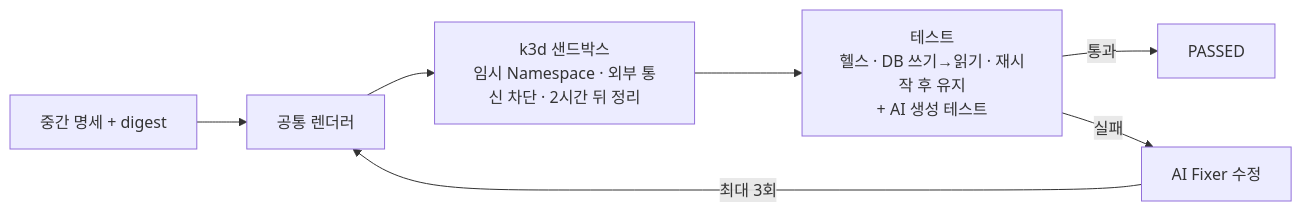
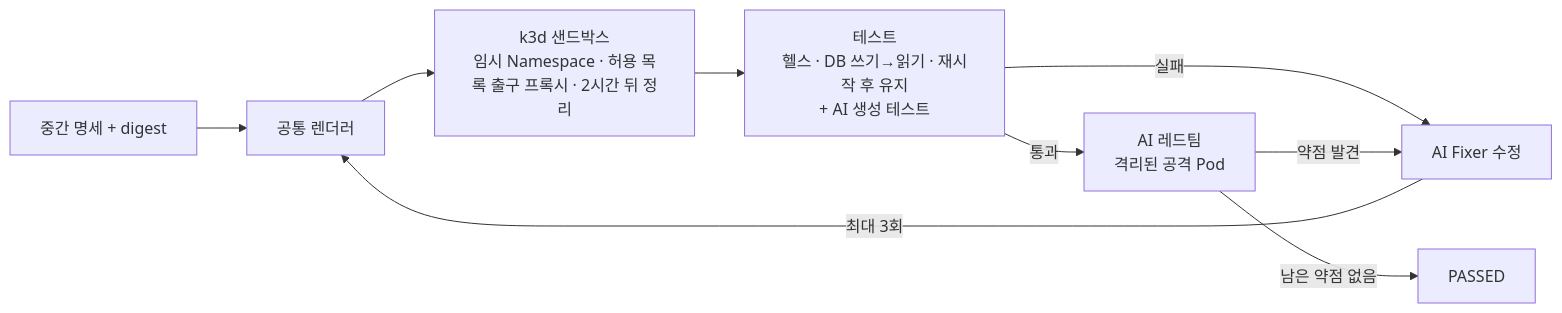
The fourth of 9 diagrams in README.ko.md (SoftBank-Hackathon-2026-Team-Jackal/cloud-migration-platform), drawn with Mermaid before and after one commit. The commit also changed other lines of this file and 2 other files, not shown here.

````diff
--- a/README.ko.md
+++ b/README.ko.md
@@ -108,8 +126,10 @@
 ```mermaid
 flowchart LR
   REQ[중간 명세 + digest] --> RD[공통 렌더러]
-  RD --> K3D[k3d 샌드박스<br/>임시 Namespace · 외부 통신 차단 · 2시간 뒤 정리]
+  RD --> K3D[k3d 샌드박스<br/>임시 Namespace · 허용 목록 출구 프록시 · 2시간 뒤 정리]
   K3D --> T[테스트<br/>헬스 · DB 쓰기→읽기 · 재시작 후 유지<br/>+ AI 생성 테스트]
-  T -->|통과| OK[PASSED]
   T -->|실패| FX[AI Fixer 수정] -->|최대 3회| RD
+  T -->|통과| RT[AI 레드팀<br/>격리된 공격 Pod]
+  RT -->|약점 발견| FX
+  RT -->|남은 약점 없음| OK[PASSED]
 ```
````
